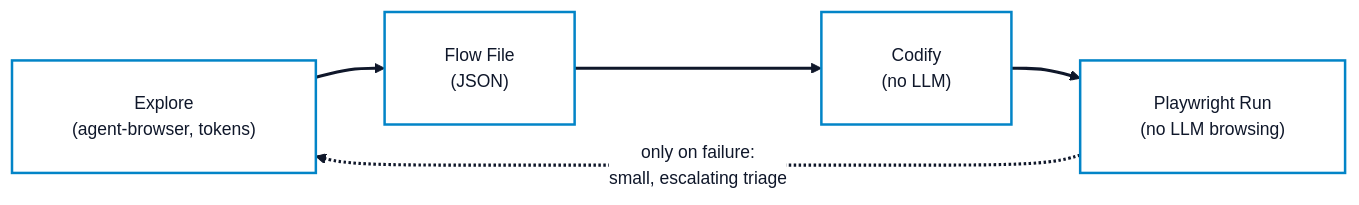
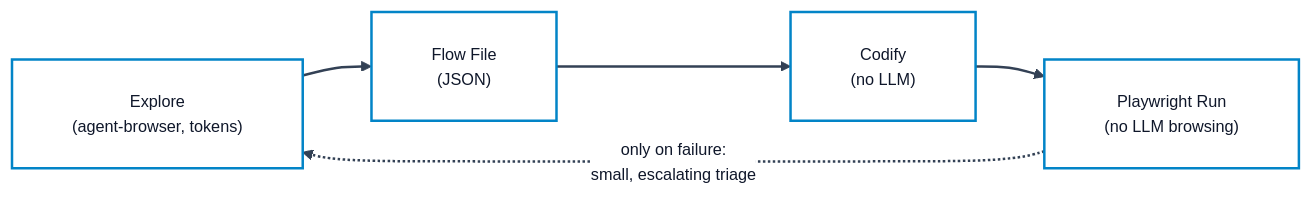
The first of 2 diagrams in docs/QA-AUTOMATION.md (andycungkrinx91/konoha), drawn with Mermaid before and after one commit. The commit also changed other lines of this file and 107 other files, not shown here.

````diff
--- a/docs/QA-AUTOMATION.md
+++ b/docs/QA-AUTOMATION.md
@@ -14,32 +14,33 @@
 ```mermaid
 ---
 config:
   theme: base
   themeVariables:
+    darkMode: false
     background: '#ffffff'
     mainBkg: '#ffffff'
     primaryColor: '#ffffff'
     primaryTextColor: '#0f172a'
     primaryBorderColor: '#0284c7'
-    lineColor: '#0f172a'
-    arrowheadColor: '#0f172a'
-    fontFamily: 'ui-monospace, SFMono-Regular, Menlo, Monaco, Consolas, monospace'
-    fontSize: '14px'
+    lineColor: '#334155'
+    arrowheadColor: '#334155'
+    fontFamily: 'Inter, system-ui, -apple-system, sans-serif'
+    fontSize: '13px'
   flowchart:
     nodeSpacing: 45
     rankSpacing: 55
     padding: 24
     wrappingWidth: 350
 ---
 flowchart LR
     A["Explore<br/>(agent-browser, tokens)"] --> B["Flow File<br/>(JSON)"]
     B --> C["Codify<br/>(no LLM)"]
     C --> D["Playwright Run<br/>(no LLM browsing)"]
     D -. "only on failure:<br/>small, escalating triage" .-> A
 
-    linkStyle default stroke:#0f172a,stroke-width:2.5px;
+    linkStyle default stroke:#334155,stroke-width:2px;
     style A fill:#ffffff,stroke:#0284c7,stroke-width:2px,color:#0f172a
     style B fill:#ffffff,stroke:#0284c7,stroke-width:2px,color:#0f172a
     style C fill:#ffffff,stroke:#0284c7,stroke-width:2px,color:#0f172a
     style D fill:#ffffff,stroke:#0284c7,stroke-width:2px,color:#0f172a
 ```
````
